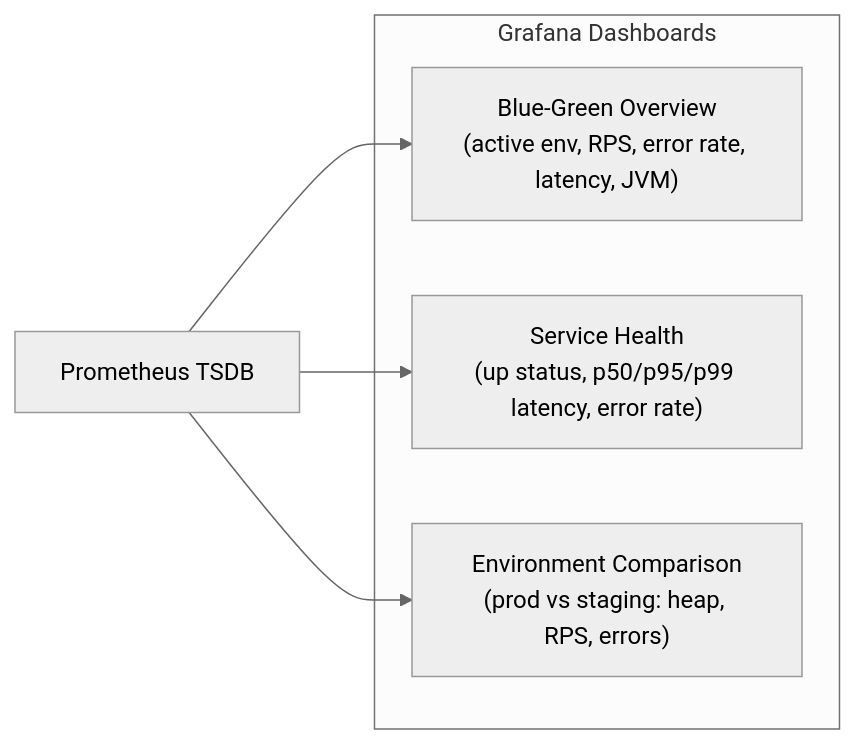
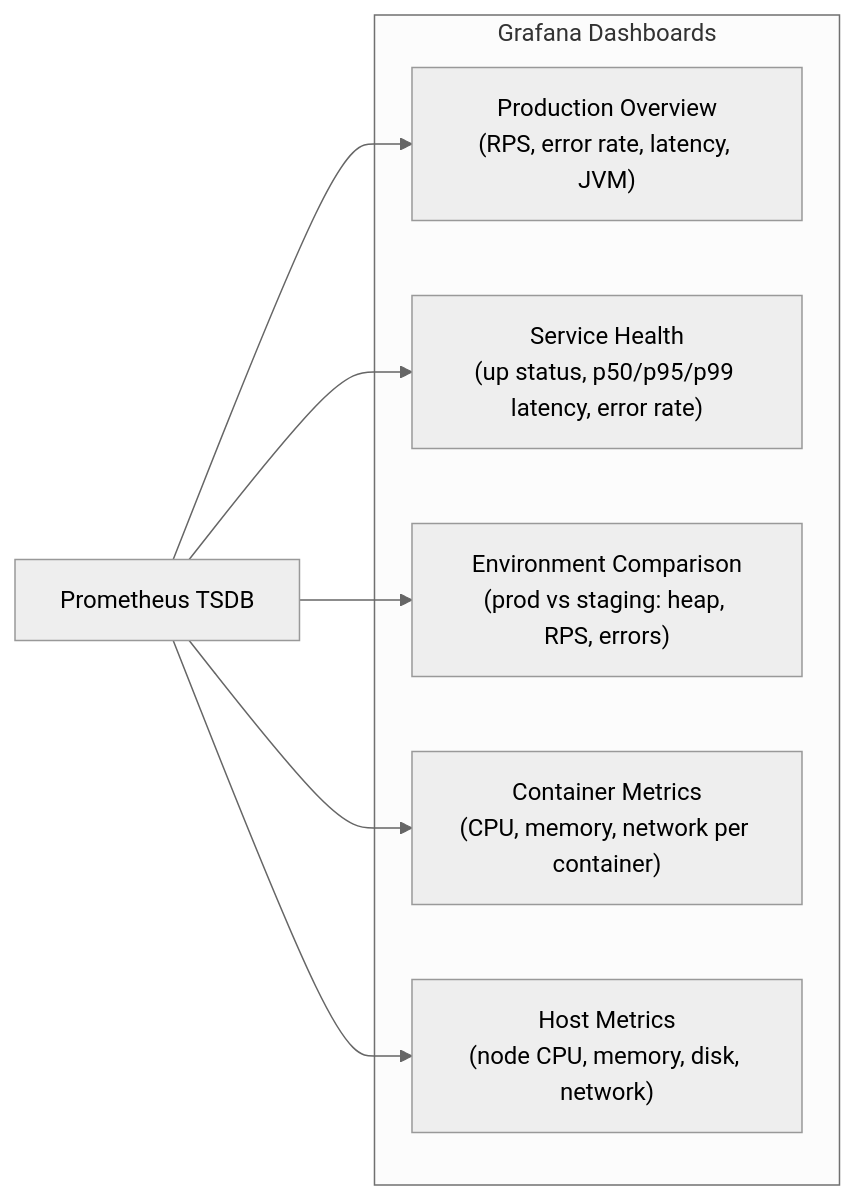
One commit to advprog-2026-A14-project/yomu-docs changed the second of 3 diagrams in content/docs/deployment/observability.mdx. Above: the diagram before and after it, drawn with Mermaid (neutral theme). The commit also changed other lines of this file and 10 other files, not shown here.

First line of the commit message:
docs: migrate deployment docs from blue-green to Swarm rolling

````diff
--- a/content/docs/deployment/observability.mdx
+++ b/content/docs/deployment/observability.mdx
@@ -90,14 +120,18 @@
 ```mermaid
 flowchart LR
     Prom["Prometheus TSDB"]
 
     subgraph GrafanaDash["Grafana Dashboards"]
-        D1["Blue-Green Overview\n(active env, RPS, error rate, latency, JVM)"]
+        D1["Production Overview\n(RPS, error rate, latency, JVM)"]
         D2["Service Health\n(up status, p50/p95/p99 latency, error rate)"]
         D3["Environment Comparison\n(prod vs staging: heap, RPS, errors)"]
+        D4["Container Metrics\n(CPU, memory, network per container)"]
+        D5["Host Metrics\n(node CPU, memory, disk, network)"]
     end
 
     Prom --> D1
     Prom --> D2
     Prom --> D3
+    Prom --> D4
+    Prom --> D5
 ```
````
